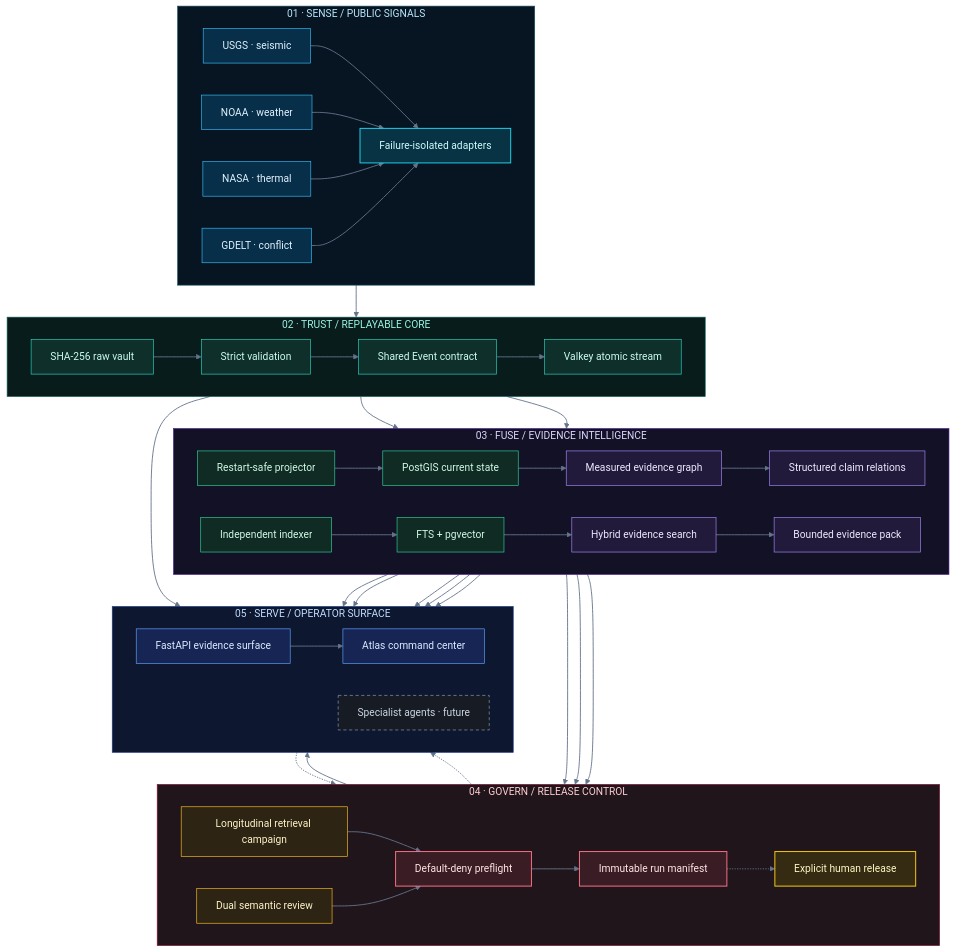
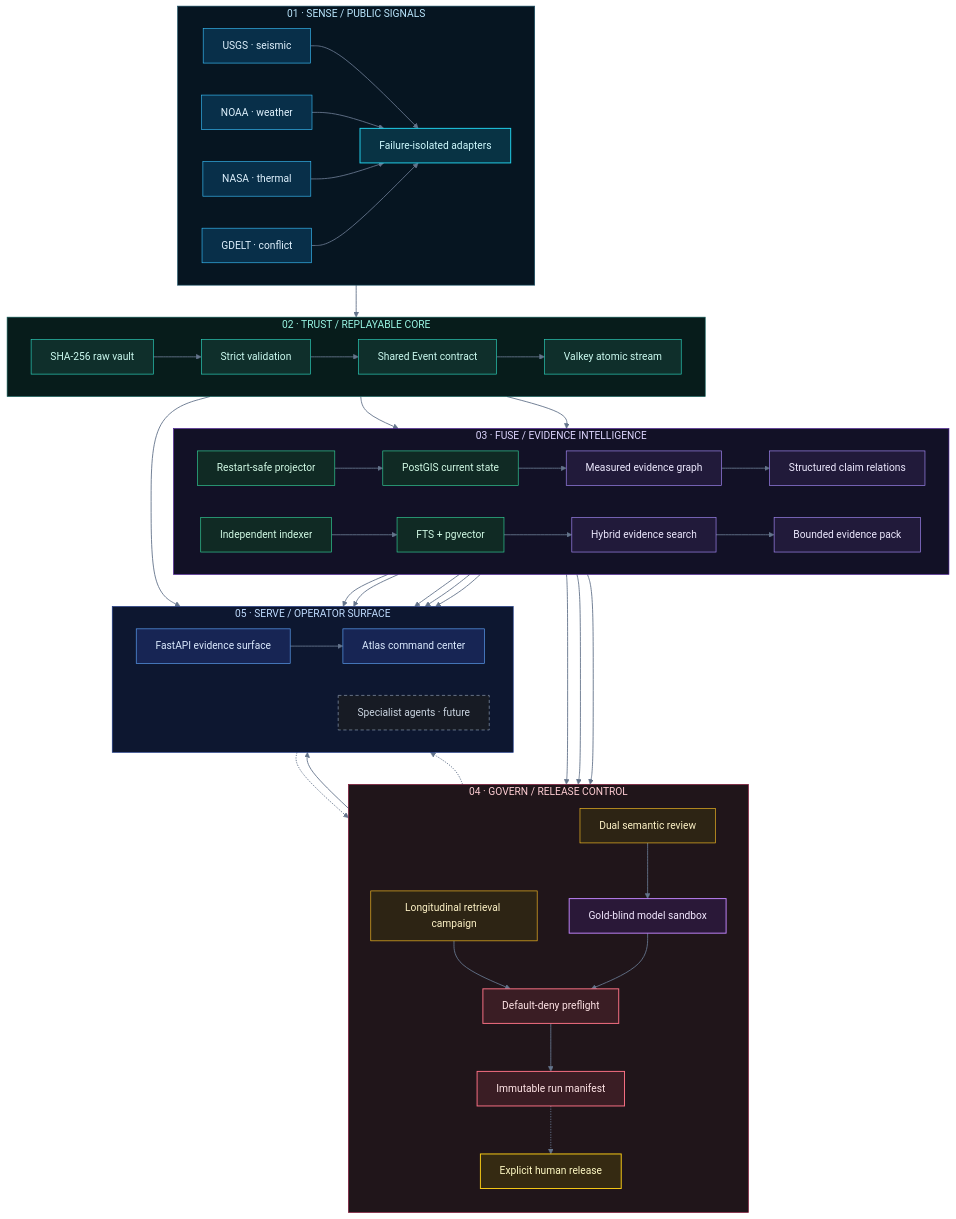
Before and after one commit to Thivas12/atlas-pulse: the diagram in README.md, drawn with Mermaid. The commit also changed other lines of this file and 9 other files, not shown here.

First line of the commit message:
feat: add gold-blind relationship candidate sandbox (#29)

```diff
--- a/README.md
+++ b/README.md
@@ -100,9 +104,10 @@
     end
 
     subgraph GOVERN["04 · GOVERN / RELEASE CONTROL"]
-        direction LR
+        direction TB
         RETRIEVAL_REVIEW["Longitudinal retrieval campaign"]:::review
         RELATION_REVIEW["Dual semantic review"]:::review
+        CANDIDATE["Gold-blind model sandbox"]:::sandbox
         PREFLIGHT["Default-deny preflight"]:::gate
         MANIFEST["Immutable run manifest"]:::gate
         HUMAN["Explicit human release"]:::human
@@ -118,7 +123,7 @@
     STREAM --> PROJECTOR
     STREAM --> INDEXER
     SEARCH --> RETRIEVAL_REVIEW --> PREFLIGHT
-    CLAIMS --> RELATION_REVIEW --> PREFLIGHT
+    CLAIMS --> RELATION_REVIEW --> CANDIDATE --> PREFLIGHT
     PACK --> PREFLIGHT --> MANIFEST
     STREAM --> API
     POSTGIS --> API
@@ -137,6 +142,7 @@
     classDef state fill:#102a24,stroke:#34d399,color:#d1fae5,stroke-width:1px
     classDef intel fill:#211a3a,stroke:#a78bfa,color:#ede9fe,stroke-width:1px
     classDef review fill:#2d2414,stroke:#fbbf24,color:#fef3c7,stroke-width:1px
+    classDef sandbox fill:#2a1838,stroke:#c084fc,color:#f3e8ff,stroke-width:1.5px
     classDef gate fill:#3a1d24,stroke:#fb7185,color:#ffe4e6,stroke-width:1.5px
     classDef human fill:#352a12,stroke:#facc15,color:#fef9c3,stroke-width:1.5px
     classDef surface fill:#172554,stroke:#60a5fa,color:#dbeafe,stroke-width:1px
```
